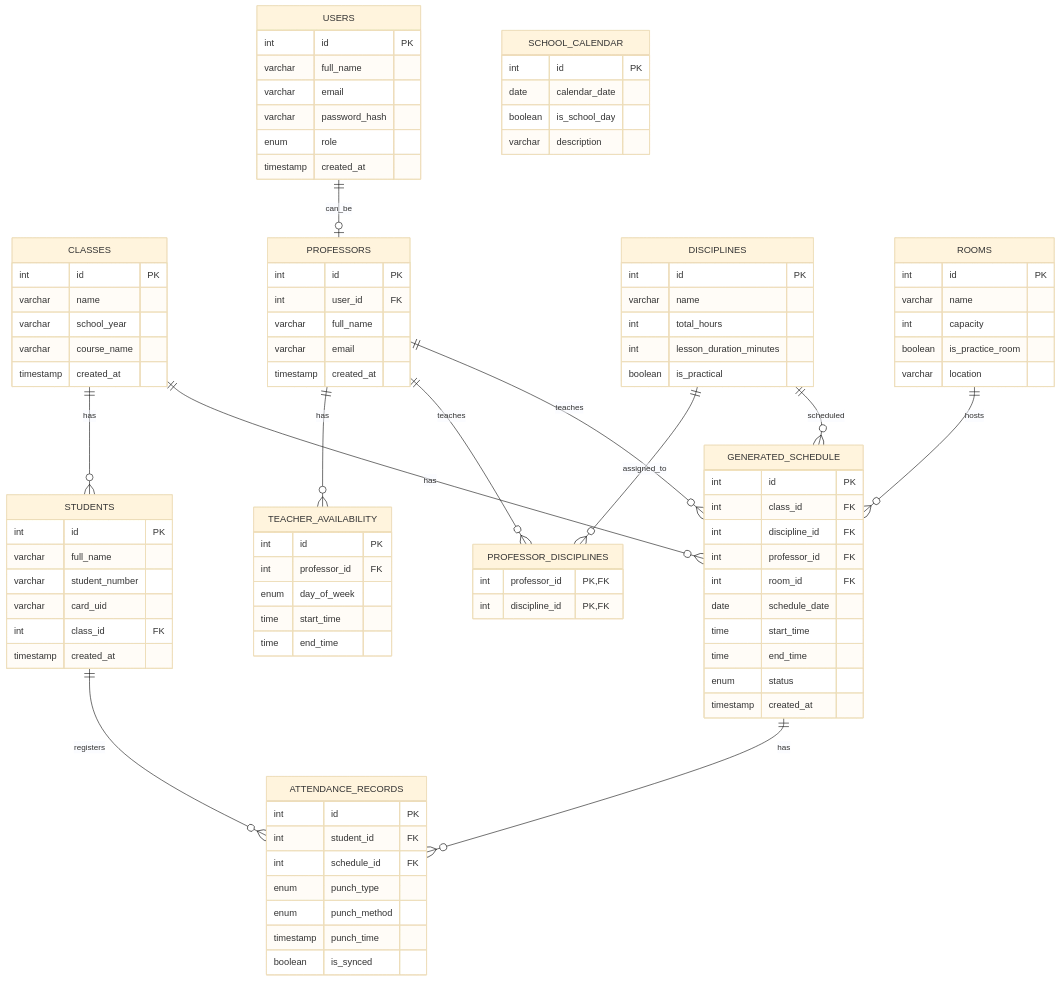
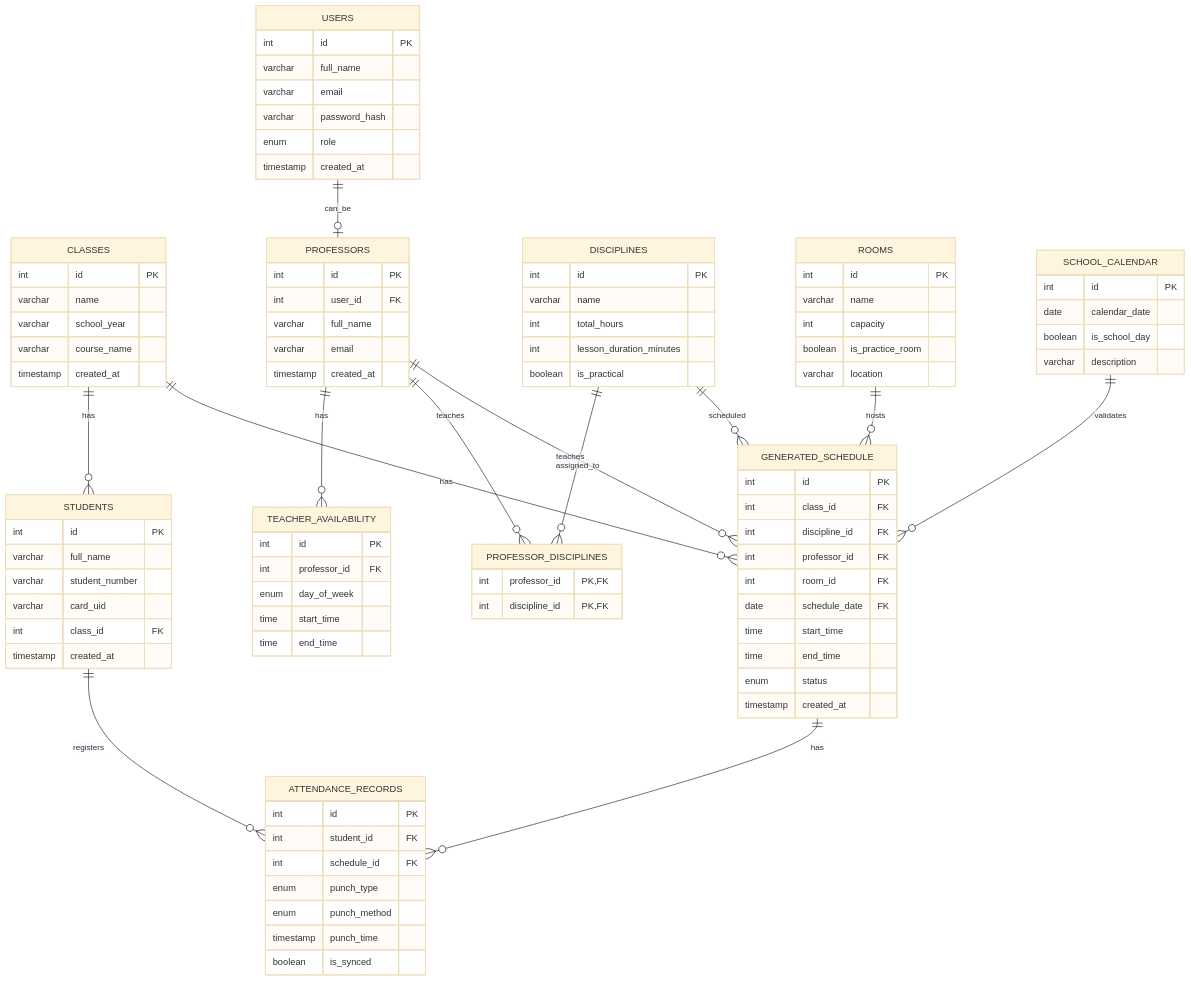
Before and after one commit to aminelmoubarik/academia360-database: the diagram in docs/er-diagram.md, drawn with Mermaid (base theme).

Commit message:
Updated the table school_calendar in er_diagram.md

````diff
--- a/docs/er-diagram.md
+++ b/docs/er-diagram.md
@@ -80,7 +80,7 @@
         int discipline_id FK
         int professor_id FK
         int room_id FK
-        date schedule_date
+        date schedule_date FK
         time start_time
         time end_time
         enum status
@@ -102,10 +102,13 @@
     PROFESSORS ||--o{ TEACHER_AVAILABILITY : has
     PROFESSORS ||--o{ PROFESSOR_DISCIPLINES : teaches
     DISCIPLINES ||--o{ PROFESSOR_DISCIPLINES : assigned_to
+
+    SCHOOL_CALENDAR ||--o{ GENERATED_SCHEDULE : validates
     CLASSES ||--o{ GENERATED_SCHEDULE : has
     DISCIPLINES ||--o{ GENERATED_SCHEDULE : scheduled
     PROFESSORS ||--o{ GENERATED_SCHEDULE : teaches
     ROOMS ||--o{ GENERATED_SCHEDULE : hosts
+
     GENERATED_SCHEDULE ||--o{ ATTENDANCE_RECORDS : has
     STUDENTS ||--o{ ATTENDANCE_RECORDS : registers
 ```
````
